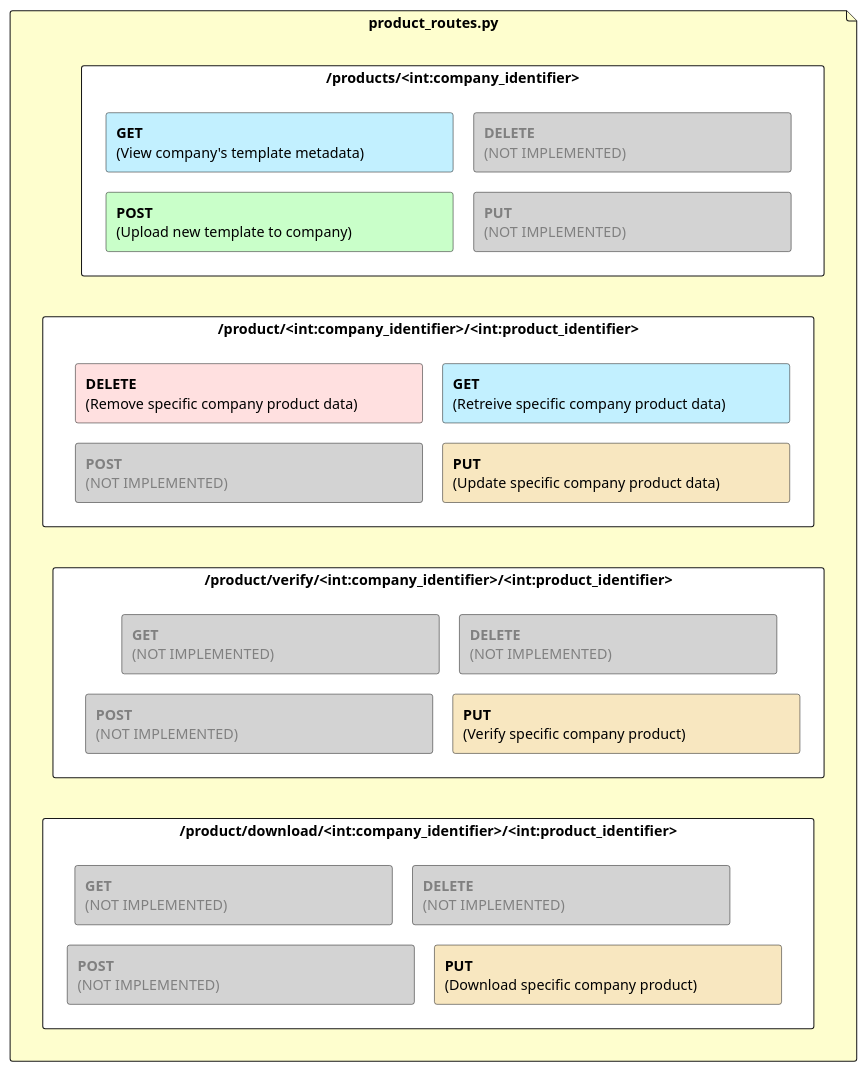
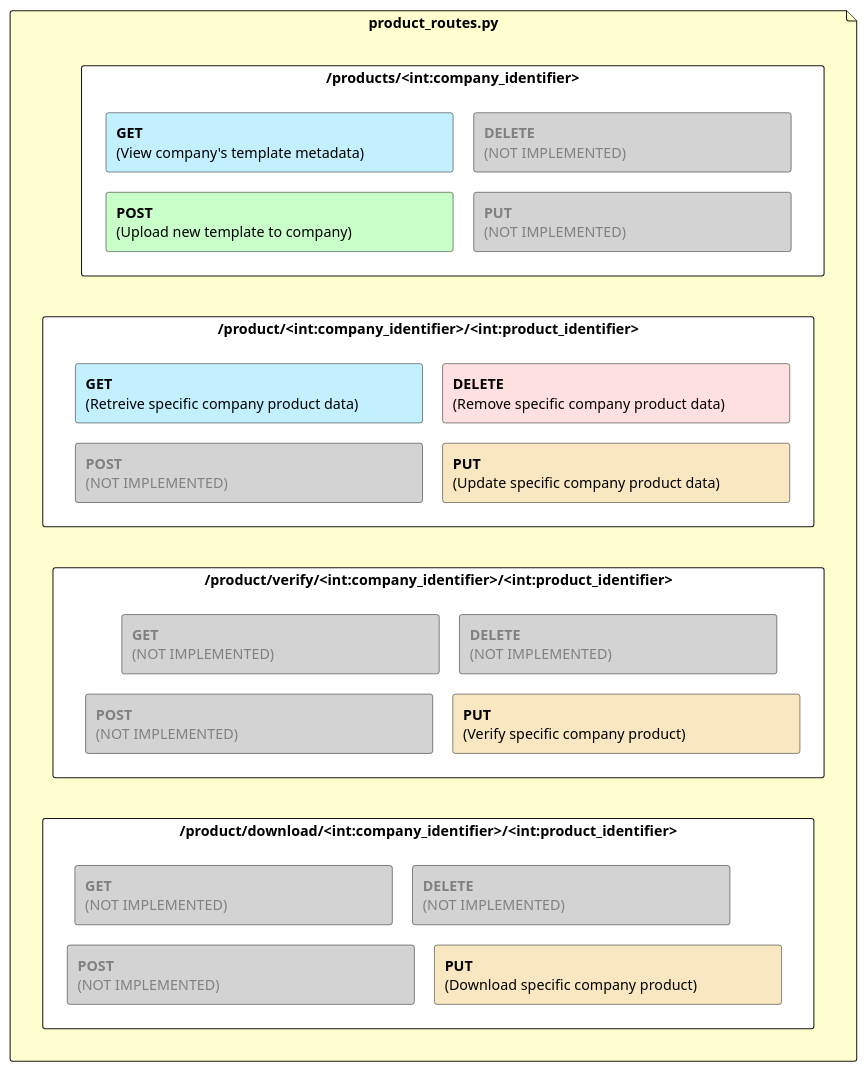
The diagram in Diagrams (PlantUml)/flask_routes_layout_files/product_routes_layout_files.plantuml (NielsPoldervaart/Project-C-Groep-4), drawn with PlantUML before and after one commit. The commit also changed other lines of this file and 2 other files, not shown here.

```diff
--- a/Diagrams (PlantUml)/flask_routes_layout_files/product_routes_layout_files.plantuml
+++ b/Diagrams (PlantUml)/flask_routes_layout_files/product_routes_layout_files.plantuml
@@ -1,43 +1,43 @@
 @startuml
 skinparam minClassWidth 200
 skinparam nodesep 20
 skinparam ranksep 20
 'skinparam linetype ortho
 
 file **product_routes.py** as file_products #FEFECE {
     rectangle **/products/<int:company_identifier>** as all_products #ffffff{
     rectangle "**GET**\n(View company's template metadata)\t\t\t" as a #Application
     rectangle "<color:grey>**DELETE**\n<color:grey>(NOT IMPLEMENTED)\t\t\t\t\t\t" as b #lightgrey
     rectangle "**POST**\n(Upload new template to company)\t\t\t\t" as c #technology
     rectangle "<color:grey>**PUT**\n<color:grey>(NOT IMPLEMENTED)\t\t\t\t\t\t" as d #lightgrey
     }
 
     rectangle **/product/verify/<int:company_identifier>/<int:product_identifier>** as verify_product #ffffff{
     rectangle "<color:grey>**GET**\n<color:grey>(NOT IMPLEMENTED)\t\t\t\t\t\t" as i #lightgrey
     rectangle "<color:grey>**DELETE**\n<color:grey>(NOT IMPLEMENTED)\t\t\t\t\t\t" as j #lightgrey
     rectangle "<color:grey>**POST**\n<color:grey>(NOT IMPLEMENTED)  \t\t\t\t\t\t" as k#lightgrey
     rectangle "**PUT**\n(Verify specific company product)\t\t\t\t"  as l#Strategy
     }
     rectangle **/product/<int:company_identifier>/<int:product_identifier>** as specific_product #ffffff{
+    rectangle "**DELETE**\n(Remove specific company product data)\t\t" as f #Implementation
     rectangle "**GET**\n(Retreive specific company product data)\t\t" as e#Application
-    rectangle "**DELETE**\n(Remove specific company product data)\t\t" as f #Implementation
     rectangle "<color:grey>**POST**\n<color:grey>(NOT IMPLEMENTED)  \t\t\t\t\t\t" as g#lightgrey
     rectangle "**PUT**\n(Update specific company product data)\t\t\t" as h #Strategy
     }
 
     rectangle **/product/download/<int:company_identifier>/<int:product_identifier>** as download_product #ffffff{
     rectangle "<color:grey>**GET**\n<color:grey>(NOT IMPLEMENTED)\t\t\t\t\t\t" as m #lightgrey
     rectangle "<color:grey>**DELETE**\n<color:grey>(NOT IMPLEMENTED)\t\t\t\t\t\t" as n #lightgrey
     rectangle "<color:grey>**POST**\n<color:grey>(NOT IMPLEMENTED)  \t\t\t\t\t\t" as o#lightgrey
     rectangle "**PUT**\n(Download specific company product)\t\t\t"  as p #Strategy
     }
 
 }
 
 'file_products -d--> all_products
 'file_products ---> specific_product
 all_products --[HIDDEN]-> specific_product
 specific_product --[HIDDEN]-> verify_product
 verify_product --[HIDDEN]-> download_product
 
 @enduml
```
